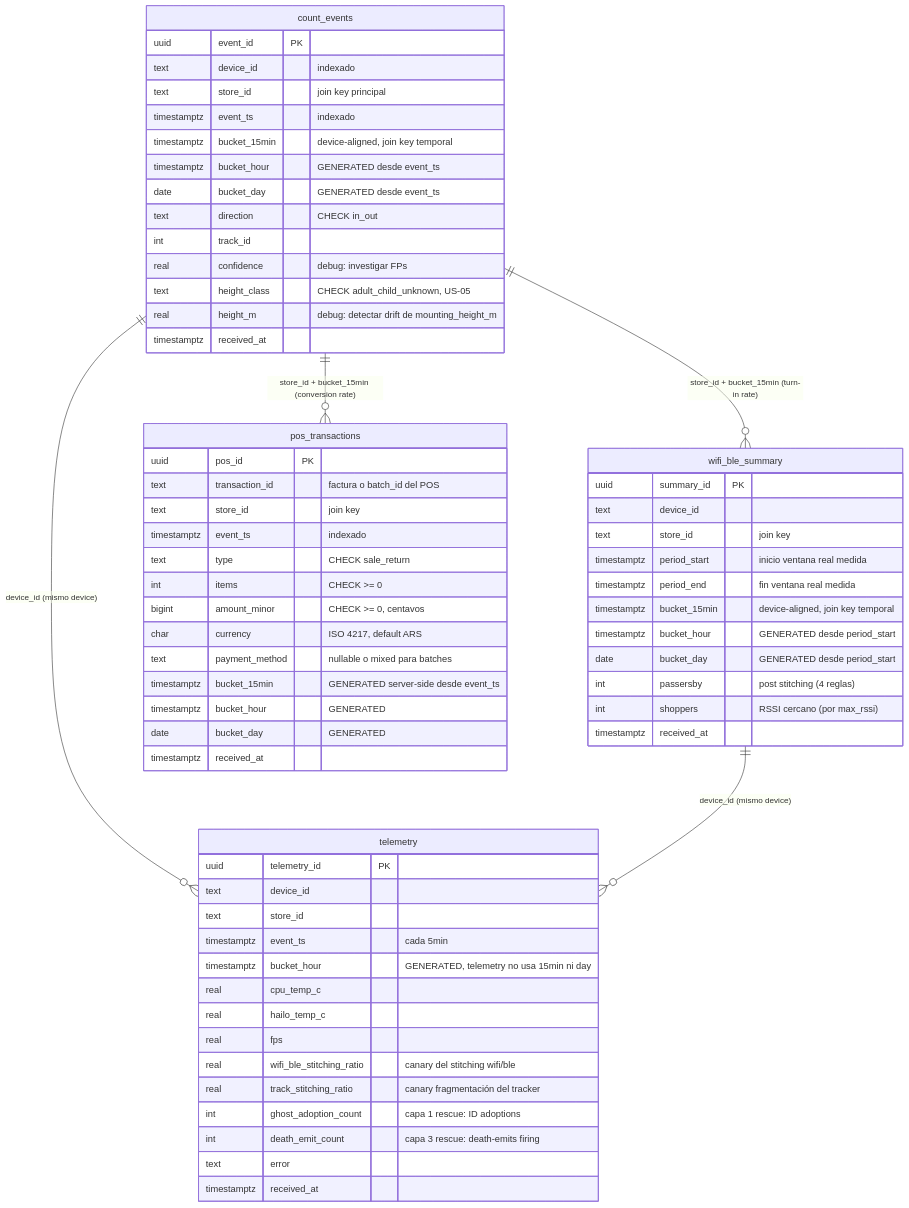
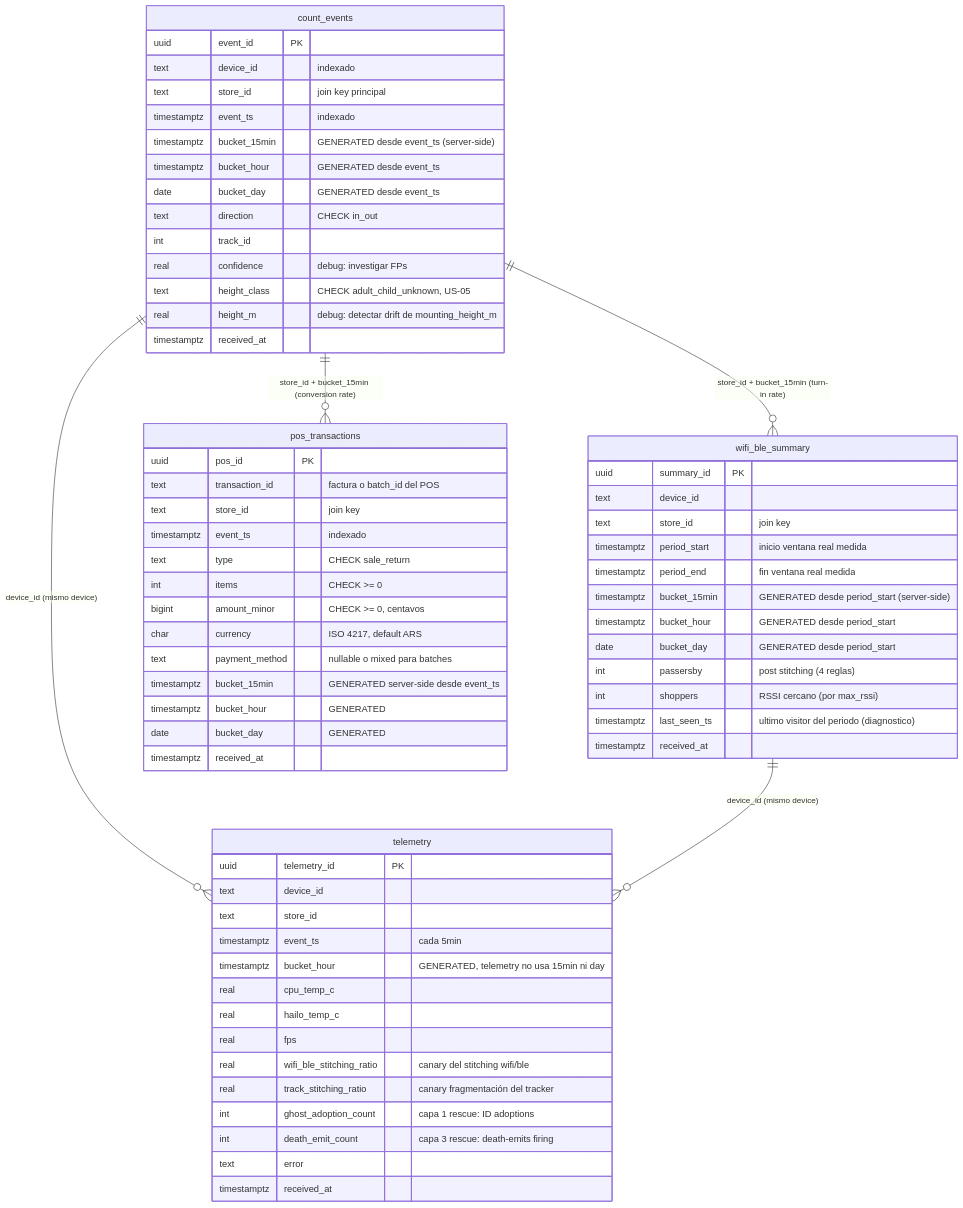
Before and after one commit to maurogasparri/people-counter: the first of 2 diagrams in docs/database_schema.md, drawn with Mermaid. The commit also changed other lines of this file and 9 other files, not shown here.

````diff
--- a/docs/database_schema.md
+++ b/docs/database_schema.md
@@ -22,70 +22,71 @@
 ```mermaid
 erDiagram
     count_events {
         uuid        event_id        PK
         text        device_id       "indexado"
         text        store_id        "join key principal"
         timestamptz event_ts        "indexado"
-        timestamptz bucket_15min    "device-aligned, join key temporal"
+        timestamptz bucket_15min    "GENERATED desde event_ts (server-side)"
         timestamptz bucket_hour     "GENERATED desde event_ts"
         date        bucket_day      "GENERATED desde event_ts"
         text        direction       "CHECK in_out"
         int         track_id
         real        confidence      "debug: investigar FPs"
         text        height_class    "CHECK adult_child_unknown, US-05"
         real        height_m        "debug: detectar drift de mounting_height_m"
         timestamptz received_at
     }
 
     wifi_ble_summary {
         uuid        summary_id      PK
         text        device_id
         text        store_id        "join key"
         timestamptz period_start    "inicio ventana real medida"
         timestamptz period_end      "fin ventana real medida"
-        timestamptz bucket_15min    "device-aligned, join key temporal"
+        timestamptz bucket_15min    "GENERATED desde period_start (server-side)"
         timestamptz bucket_hour     "GENERATED desde period_start"
         date        bucket_day      "GENERATED desde period_start"
         int         passersby       "post stitching (4 reglas)"
         int         shoppers        "RSSI cercano (por max_rssi)"
+        timestamptz last_seen_ts    "ultimo visitor del periodo (diagnostico)"
         timestamptz received_at
     }
 
     telemetry {
         uuid        telemetry_id    PK
         text        device_id
         text        store_id
         timestamptz event_ts        "cada 5min"
         timestamptz bucket_hour     "GENERATED, telemetry no usa 15min ni day"
         real        cpu_temp_c
         real        hailo_temp_c
         real        fps
         real        wifi_ble_stitching_ratio "canary del stitching wifi/ble"
         real        track_stitching_ratio    "canary fragmentación del tracker"
         int         ghost_adoption_count     "capa 1 rescue: ID adoptions"
         int         death_emit_count         "capa 3 rescue: death-emits firing"
         text        error
         timestamptz received_at
     }
 
     pos_transactions {
         uuid        pos_id          PK
         text        transaction_id  "factura o batch_id del POS"
         text        store_id        "join key"
         timestamptz event_ts        "indexado"
         text        type            "CHECK sale_return"
         int         items           "CHECK >= 0"
         bigint      amount_minor    "CHECK >= 0, centavos"
         char        currency        "ISO 4217, default ARS"
         text        payment_method  "nullable o mixed para batches"
         timestamptz bucket_15min    "GENERATED server-side desde event_ts"
         timestamptz bucket_hour     "GENERATED"
         date        bucket_day      "GENERATED"
         timestamptz received_at
     }
 
     count_events     ||--o{ wifi_ble_summary  : "store_id + bucket_15min (turn-in rate)"
     count_events     ||--o{ pos_transactions  : "store_id + bucket_15min (conversion rate)"
     count_events     ||--o{ telemetry         : "device_id (mismo device)"
     wifi_ble_summary ||--o{ telemetry         : "device_id (mismo device)"
 ```
````
